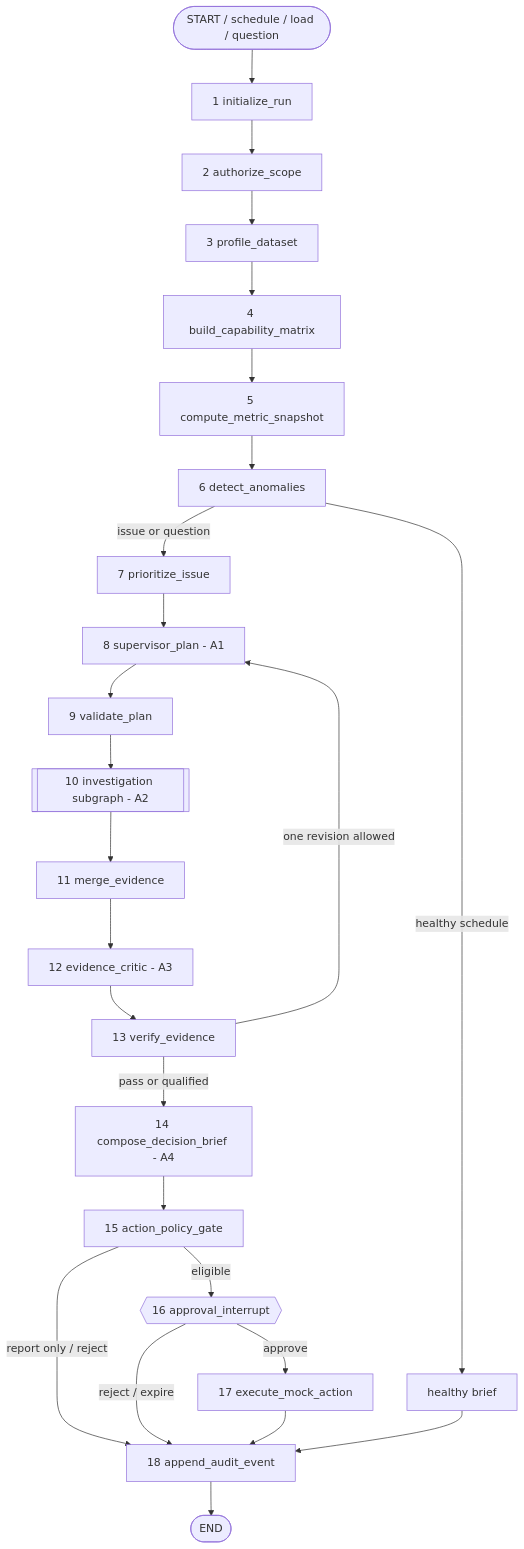
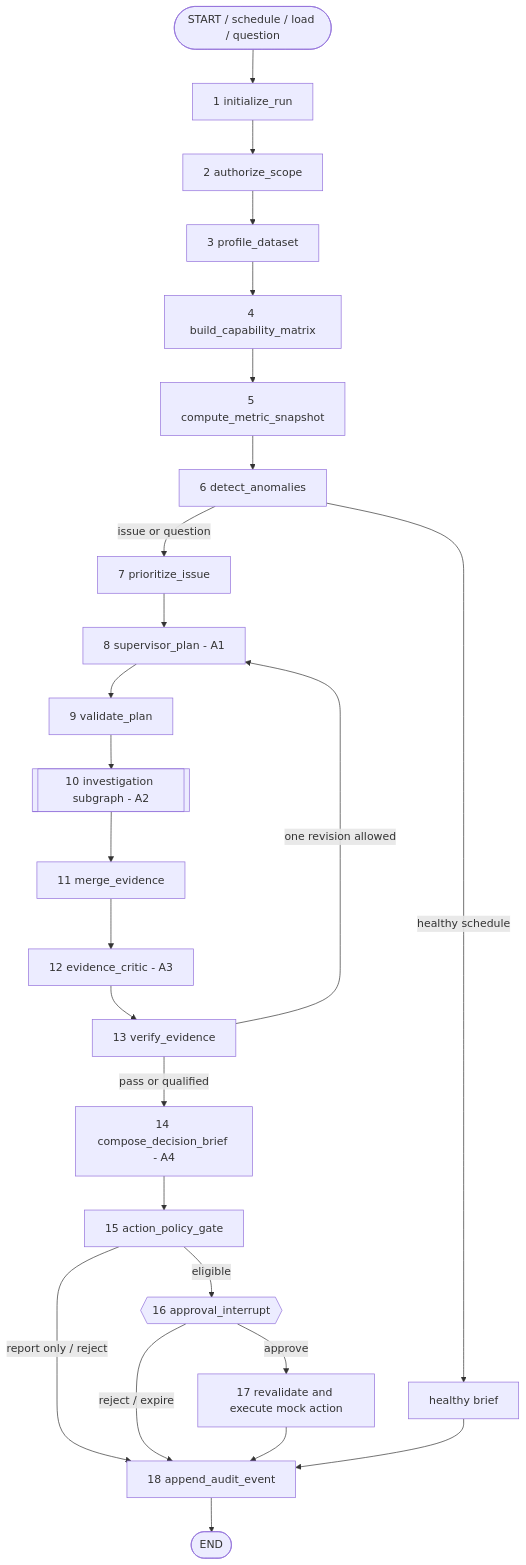
One commit to magicashu/nextgenaicoders-moveinsync changed the first of 2 diagrams in docs/detailed-solution-architecture-plan.md. Above: the diagram before and after it, drawn with Mermaid. The commit also changed other lines of this file and 126 other files, not shown here.

````diff
--- a/docs/detailed-solution-architecture-plan.md
+++ b/docs/detailed-solution-architecture-plan.md
@@ -100,27 +115,27 @@
 ```mermaid
 flowchart TD
     S([START / schedule / load / question]) --> N1[1 initialize_run]
     N1 --> N2[2 authorize_scope]
     N2 --> N3[3 profile_dataset]
     N3 --> N4[4 build_capability_matrix]
     N4 --> N5[5 compute_metric_snapshot]
     N5 --> N6[6 detect_anomalies]
     N6 -->|healthy schedule| H[healthy brief]
     N6 -->|issue or question| N7[7 prioritize_issue]
     N7 --> N8[8 supervisor_plan - A1]
     N8 --> N9[9 validate_plan]
     N9 --> N10[[10 investigation subgraph - A2]]
     N10 --> N11[11 merge_evidence]
     N11 --> N12[12 evidence_critic - A3]
     N12 --> N13[13 verify_evidence]
     N13 -->|one revision allowed| N8
     N13 -->|pass or qualified| N14[14 compose_decision_brief - A4]
     N14 --> N15[15 action_policy_gate]
     N15 -->|report only / reject| N18[18 append_audit_event]
     N15 -->|eligible| N16{{16 approval_interrupt}}
     N16 -->|reject / expire| N18
-    N16 -->|approve| N17[17 execute_mock_action]
+    N16 -->|approve| N17[17 revalidate and execute mock action]
     N17 --> N18
     H --> N18
     N18 --> E([END])
 ```
````
